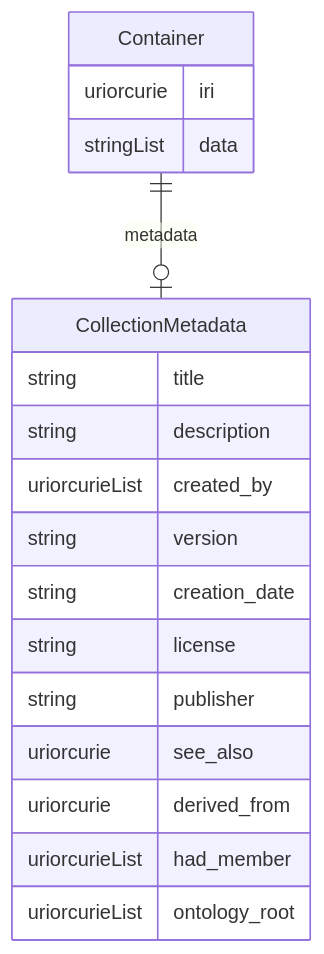
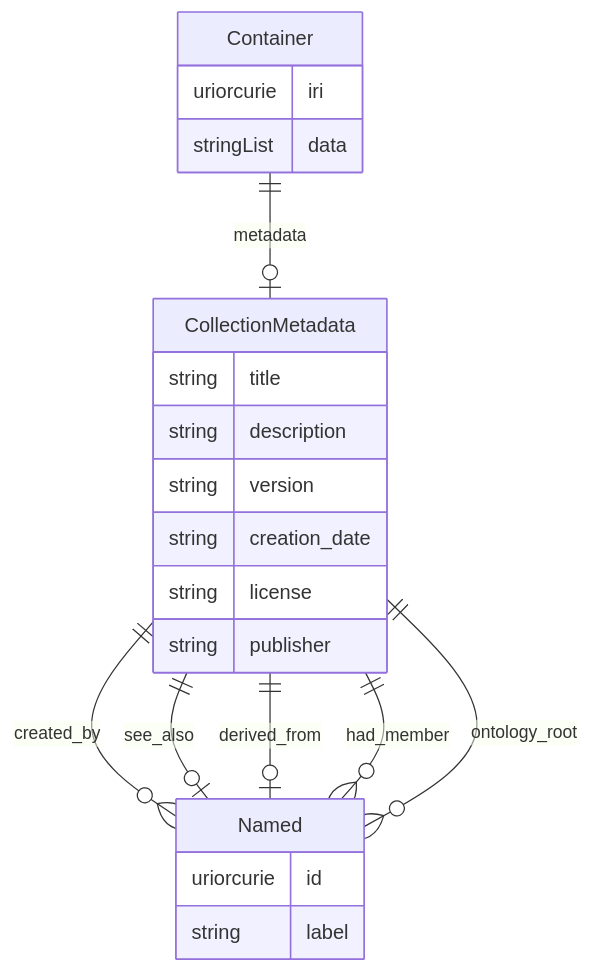
The fifth of 18 diagrams in er-diagrams.md (hubmapconsortium/hra-do-processor), drawn with Mermaid before and after one commit. The commit also changed other lines of this file and 26 other files, not shown here.

````diff
--- a/er-diagrams.md
+++ b/er-diagrams.md
@@ -279,23 +283,27 @@
 ```mermaid
 erDiagram
 Container {
     uriorcurie iri  
     stringList data  
 }
 CollectionMetadata {
     string title  
     string description  
-    uriorcurieList created_by  
     string version  
     string creation_date  
     string license  
     string publisher  
-    uriorcurie see_also  
-    uriorcurie derived_from  
-    uriorcurieList had_member  
-    uriorcurieList ontology_root  
+}
+Named {
+    uriorcurie id  
+    string label  
 }
 
 Container ||--|o CollectionMetadata : "metadata"
+CollectionMetadata ||--}o Named : "created_by"
+CollectionMetadata ||--|o Named : "see_also"
+CollectionMetadata ||--|o Named : "derived_from"
+CollectionMetadata ||--}o Named : "had_member"
+CollectionMetadata ||--}o Named : "ontology_root"
 
 ```
````
